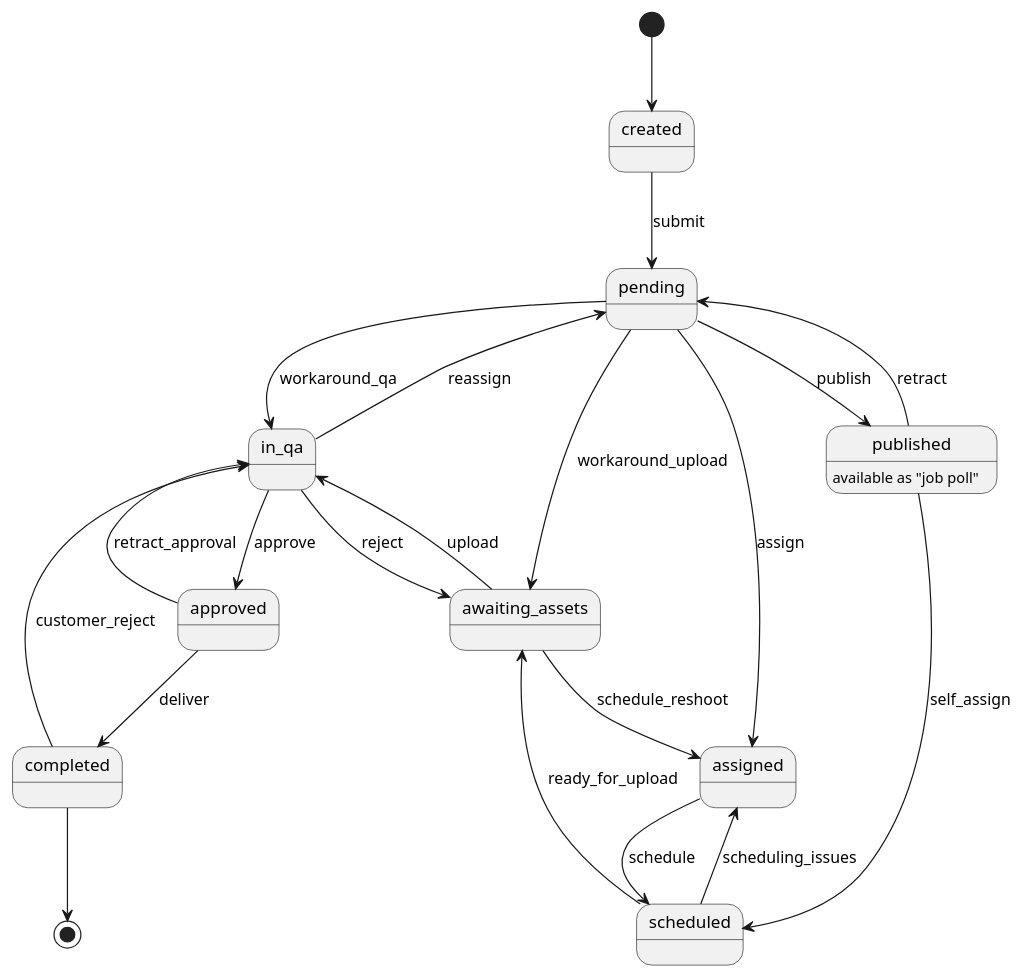
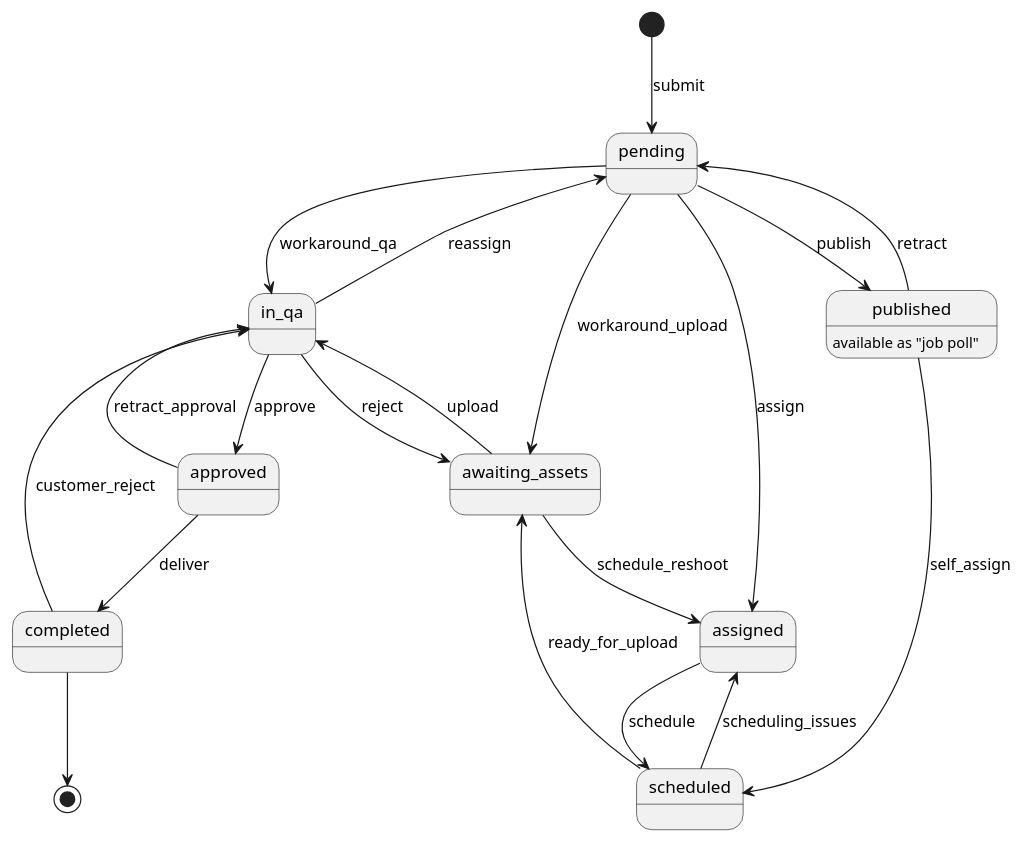
Before and after one commit to BriefyHQ/briefy.leica: the first of 2 diagrams in docs/workflow.rst, drawn with PlantUML. The commit also changed other lines of this file and 4 other files, not shown here.

```diff
--- a/docs/workflow.rst
+++ b/docs/workflow.rst
@@ -40,27 +9,26 @@
 .. uml::
 
     @startuml
 
-    [*] --> created
-    created --> pending : submit
+    [*] --> pending : submit
     pending --> in_qa : workaround_qa
     pending --> awaiting_assets : workaround_upload
     pending --> assigned: assign
     pending --> published: publish
     published --> pending: retract
     published --> scheduled: self_assign
     published : available as "job poll"
     assigned --> scheduled: schedule
     scheduled --> assigned: scheduling_issues
     awaiting_assets --> assigned: schedule_reshoot
     scheduled --> awaiting_assets: ready_for_upload
     awaiting_assets --> in_qa: upload
     in_qa --> awaiting_assets: reject
     in_qa --> approved: approve
     in_qa --> pending: reassign
     approved --> in_qa: retract_approval
     approved --> completed: deliver
     completed --> in_qa: customer_reject
     completed --> [*]
 
     @enduml
```
